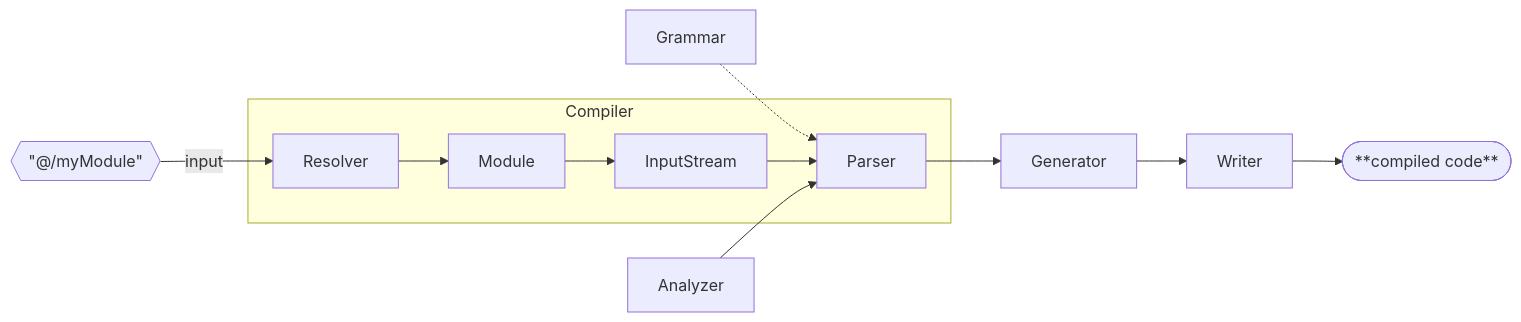
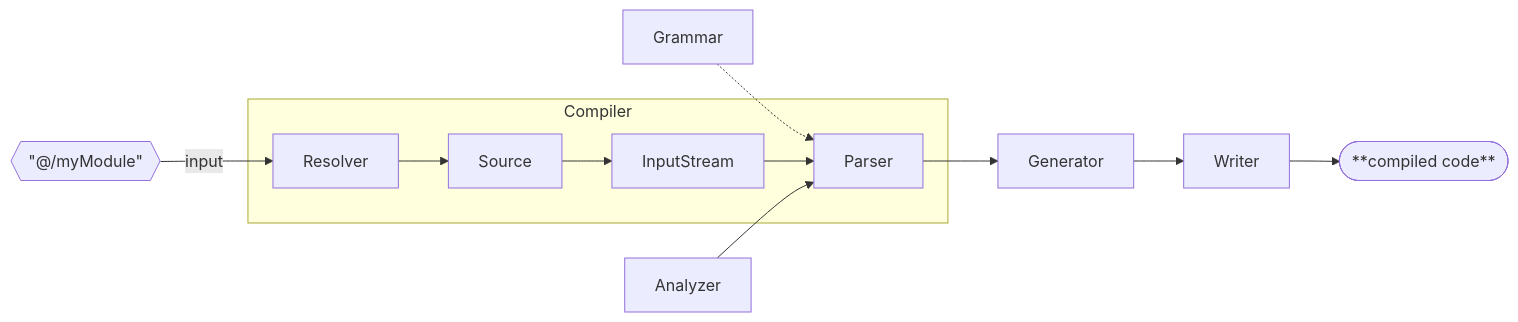
Before and after one commit to effervescentia/knot: the diagram in compiler/doc/compilation_flow.mmd, drawn with Mermaid. The commit also changed 21 other files, not shown here.

Commit message:
refactor: rename Module -> Source

```diff
--- a/compiler/doc/compilation_flow.mmd
+++ b/compiler/doc/compilation_flow.mmd
@@ -1,14 +1,14 @@
 flowchart LR
   X{{"#quot;@/myModule#quot;"}}
 
   X --> |input| Resolver
 
   Grammar -.-> Parser
 
   %% compile
   subgraph Compiler
-    Resolver --> Module --> InputStream --> Parser
+    Resolver --> Source --> InputStream --> Parser
   end
   Parser --> Generator --> Writer --> Y([**compiled code**])
 
   Analyzer --> Parser
```
